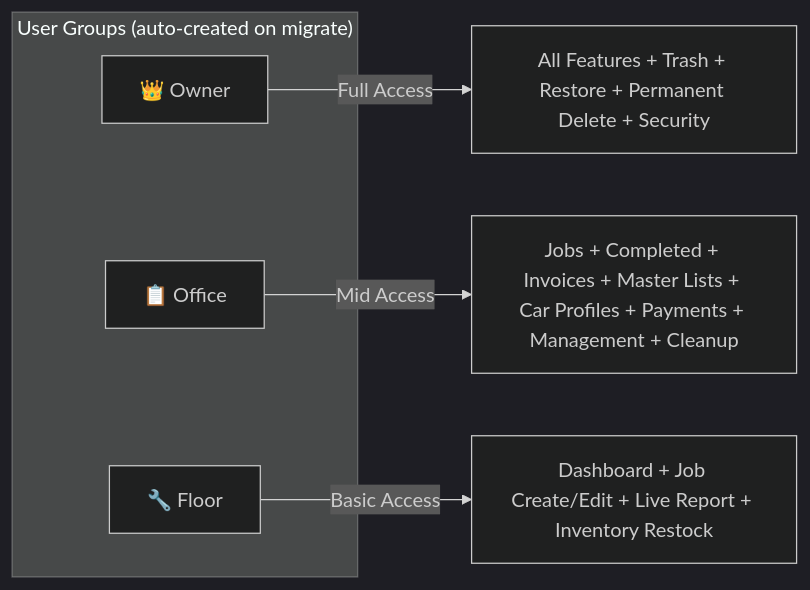
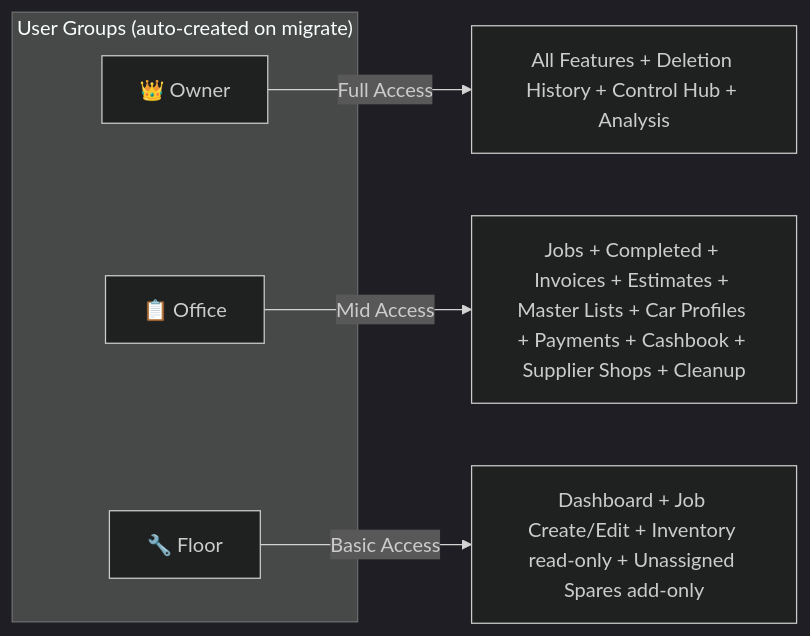
The third of 6 diagrams in MASTER_BLUEPRINT.md (Irshaduu/WorkshopOS), drawn with Mermaid (dark theme) before and after one commit. The commit also changed other lines of this file and 9 other files, not shown here.

First line of the commit message:
Recount every figure in the docs, and correct the access rules they got wrong

````diff
--- a/MASTER_BLUEPRINT.md
+++ b/MASTER_BLUEPRINT.md
@@ -163,12 +163,12 @@
 ```mermaid
 graph LR
     subgraph ROLES["User Groups (auto-created on migrate)"]
         OWNER["👑 Owner"]
         OFFICE["📋 Office"]
         FLOOR["🔧 Floor"]
     end
 
-    OWNER -->|"Full Access"| ALL["All Features + Trash + Restore + Permanent Delete + Security"]
-    OFFICE -->|"Mid Access"| MID["Jobs + Completed + Invoices + Master Lists + Car Profiles + Payments + Management + Cleanup"]
-    FLOOR -->|"Basic Access"| LOW["Dashboard + Job Create/Edit + Live Report + Inventory Restock"]
+    OWNER -->|"Full Access"| ALL["All Features + Deletion History + Control Hub + Analysis"]
+    OFFICE -->|"Mid Access"| MID["Jobs + Completed + Invoices + Estimates + Master Lists + Car Profiles + Payments + Cashbook + Supplier Shops + Cleanup"]
+    FLOOR -->|"Basic Access"| LOW["Dashboard + Job Create/Edit + Inventory read-only + Unassigned Spares add-only"]
 ```
````
